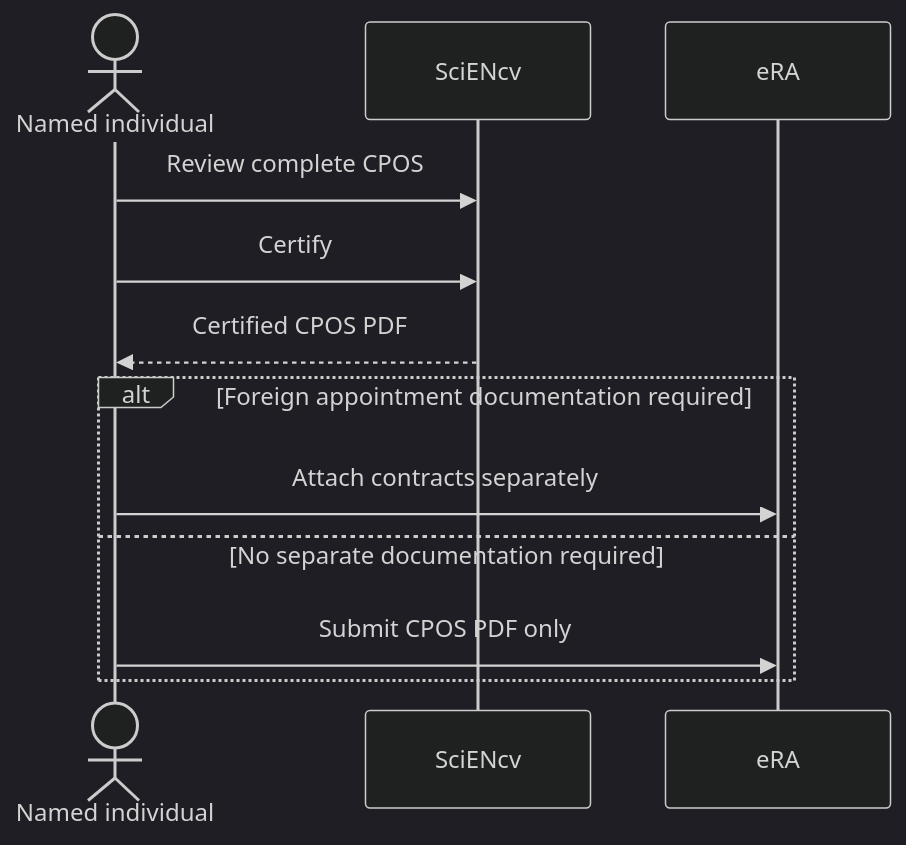
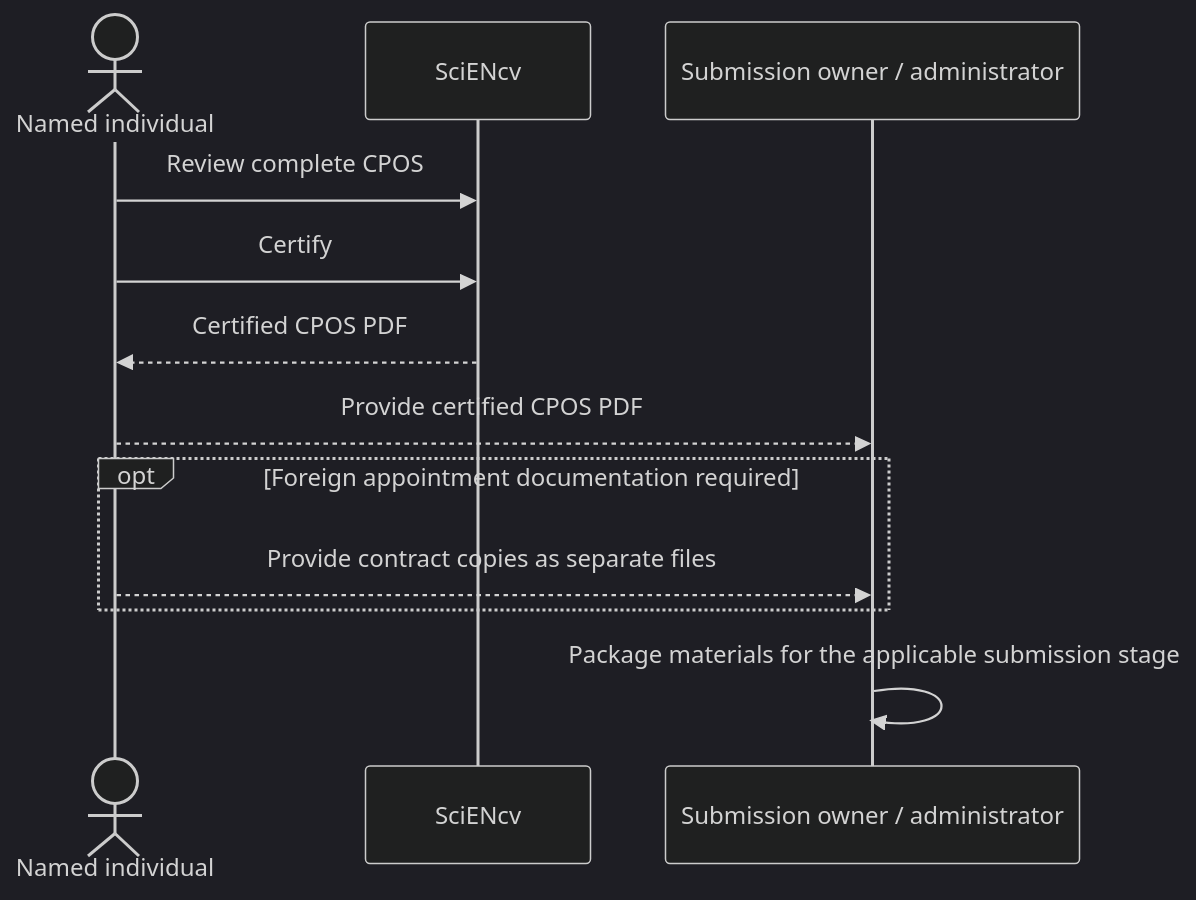
Before and after one commit to FritscheLab/nih-sciencv-playbook: the diagram in docs/other-support/certify-and-download.md, drawn with Mermaid (dark theme). The commit also changed other lines of this file and 60 other files, not shown here.

````diff
--- a/docs/other-support/certify-and-download.md
+++ b/docs/other-support/certify-and-download.md
@@ -27,14 +27,16 @@
 ```mermaid
 sequenceDiagram
+    accTitle: CPOS certification and submission handoff
+    accDescr: The named individual reviews and certifies CPOS in SciENcv, then provides the certified PDF and any separate foreign appointment documentation to the institutional submission owner or administrator.
     actor Person as Named individual
     participant SciENcv
-    participant eRA
+    participant Owner as Submission owner / administrator
     Person->>SciENcv: Review complete CPOS
     Person->>SciENcv: Certify
     SciENcv-->>Person: Certified CPOS PDF
-    alt Foreign appointment documentation required
-        Person->>eRA: Attach contracts separately
-    else No separate documentation required
-        Person->>eRA: Submit CPOS PDF only
+    Person-->>Owner: Provide certified CPOS PDF
+    opt Foreign appointment documentation required
+        Person-->>Owner: Provide contract copies as separate files
     end
+    Owner->>Owner: Package materials for the applicable submission stage
 ```
````
